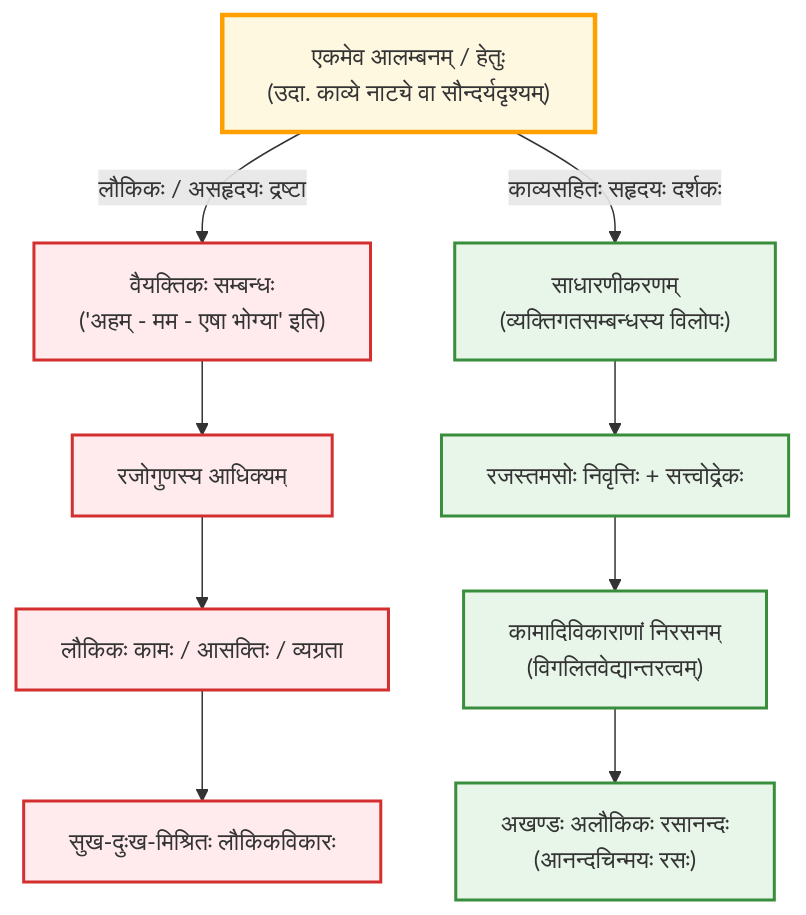
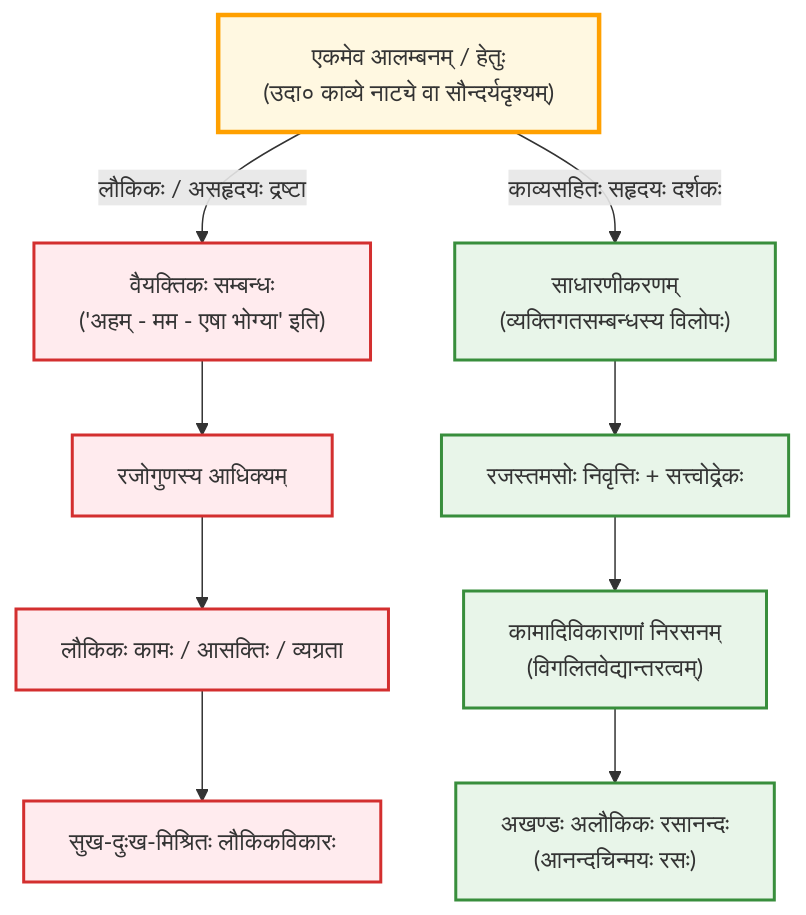
Before and after one commit to vagvibha/sahitya: the second of 2 diagrams in shastra/topics/rasa.md, drawn with Mermaid. The commit also changed other lines of this file and 4 other files, not shown here.

````diff
--- a/shastra/topics/rasa.md
+++ b/shastra/topics/rasa.md
@@ -103,21 +103,21 @@
 ```mermaid
 graph TD
     classDef center fill:#fff8e1,stroke:#ffa000,stroke-width:3px;
     classDef worldly fill:#ffebee,stroke:#d32f2f,stroke-width:2px;
     classDef divine fill:#e8f5e9,stroke:#388e3c,stroke-width:2px;
 
     %% मुख्यः विषयः
-    X["एकमेव आलम्बनम् / हेतुः<br/>(उदा. काव्ये नाट्ये वा सौन्दर्यदृश्यम्)"]:::center
+    X["एकमेव आलम्बनम् / हेतुः<br/>(उदा० काव्ये नाट्ये वा सौन्दर्यदृश्यम्)"]:::center
 
     %% लौकिकः पन्थाः
     X -->|"लौकिकः / असहृदयः द्रष्टा"| W1["वैयक्तिकः सम्बन्धः<br/>('अहम् - मम - एषा भोग्या' इति)"]:::worldly
     W1 --> W2["रजोगुणस्य आधिक्यम्"]:::worldly
     W2 --> W3["लौकिकः कामः / आसक्तिः / व्यग्रता"]:::worldly
     W3 --> W4["सुख-दुःख-मिश्रितः लौकिकविकारः"]:::worldly
 
     %% अलौकिकः पन्थाः
     X -->|"काव्यसहितः सहृदयः दर्शकः"| D1["साधारणीकरणम्<br/>(व्यक्तिगतसम्बन्धस्य विलोपः)"]:::divine
     D1 --> D2["रजस्तमसोः निवृत्तिः + सत्त्वोद्रेकः"]:::divine
     D2 --> D3["कामादिविकाराणां निरसनम्<br/>(विगलितवेद्यान्तरत्वम्)"]:::divine
     D3 --> D4["अखण्डः अलौकिकः रसानन्दः<br/>(आनन्दचिन्मयः रसः)"]:::divine
 ```
````
